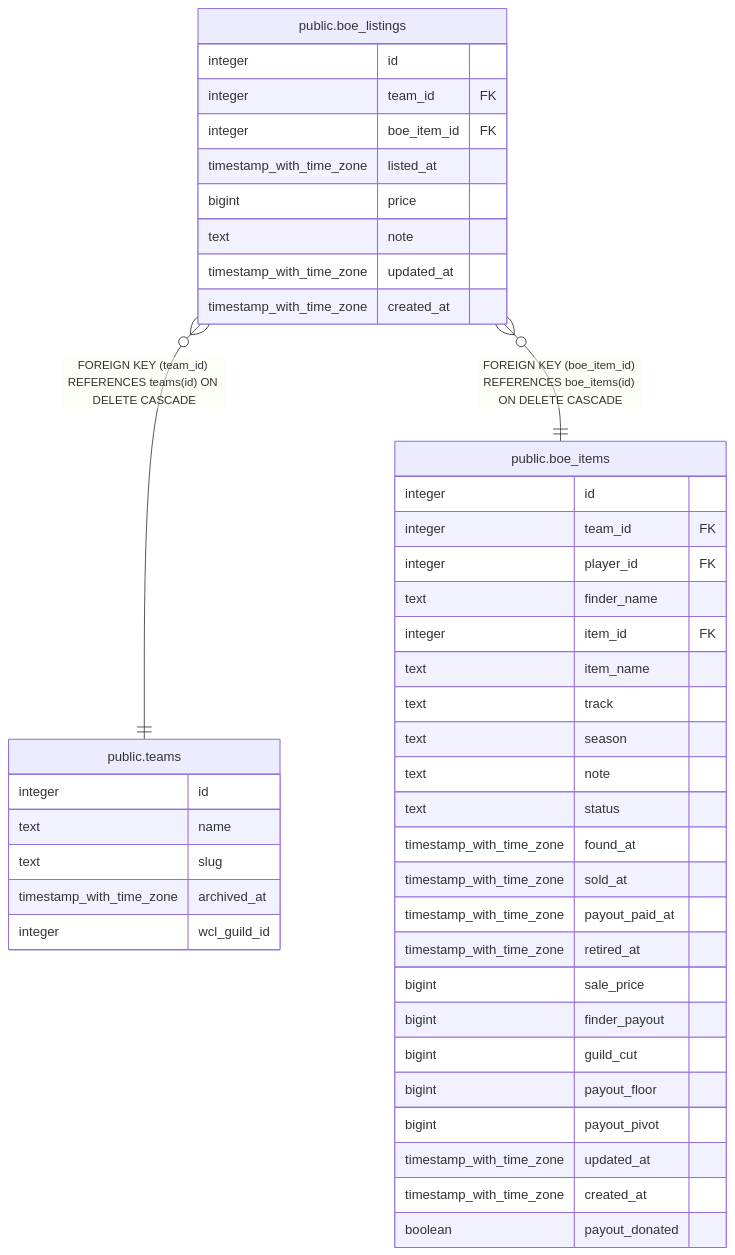
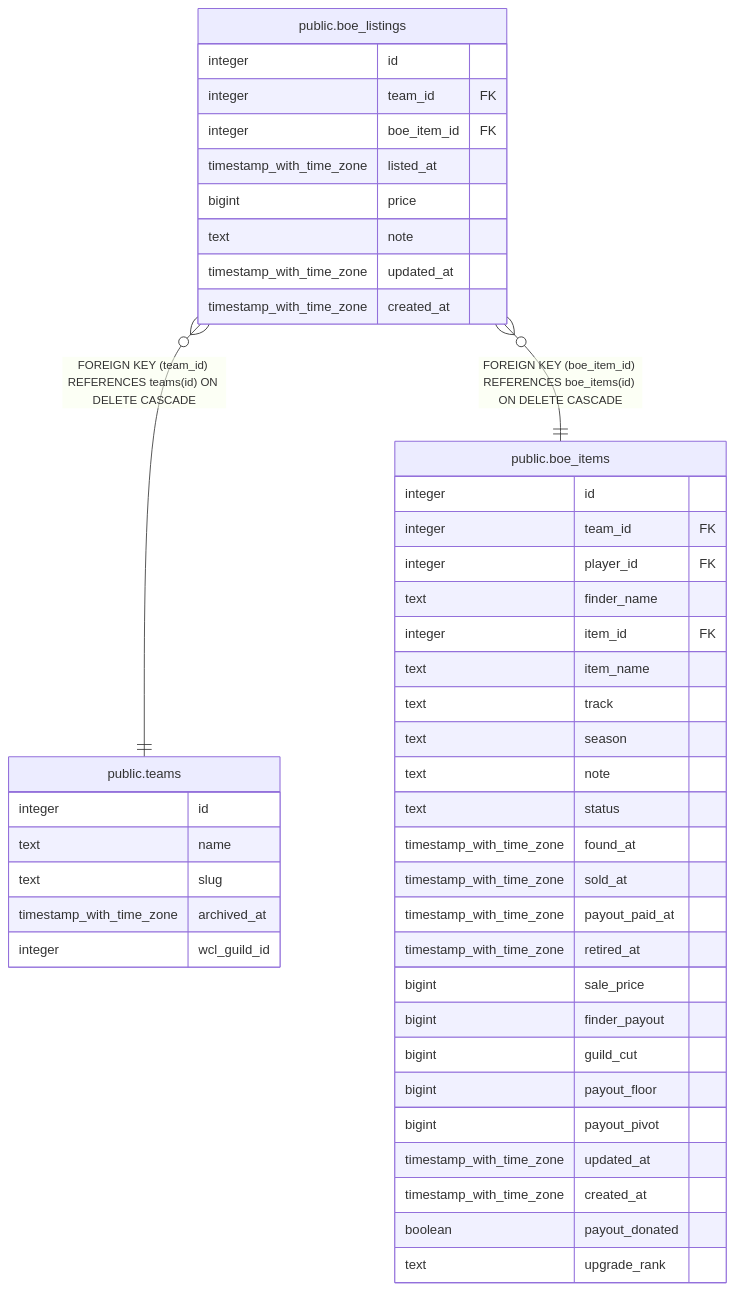
The diagram in dbdoc/public.boe_listings.md (katogaming88/Phoenix-Roster), drawn with Mermaid before and after one commit. The commit also changed 30 other files, not shown here.

First line of the commit message:
Record the upgrade rank on BoE finds, required with the track (v3.82.0) (#883)

````diff
--- a/dbdoc/public.boe_listings.md
+++ b/dbdoc/public.boe_listings.md
@@ -41,48 +41,49 @@
 ```mermaid
 erDiagram
 
 "public.boe_listings" }o--|| "public.teams" : "FOREIGN KEY (team_id) REFERENCES teams(id) ON DELETE CASCADE"
 "public.boe_listings" }o--|| "public.boe_items" : "FOREIGN KEY (boe_item_id) REFERENCES boe_items(id) ON DELETE CASCADE"
 
 "public.boe_listings" {
   integer id
   integer team_id FK
   integer boe_item_id FK
   timestamp_with_time_zone listed_at
   bigint price
   text note
   timestamp_with_time_zone updated_at
   timestamp_with_time_zone created_at
 }
 "public.teams" {
   integer id
   text name
   text slug
   timestamp_with_time_zone archived_at
   integer wcl_guild_id
 }
 "public.boe_items" {
   integer id
   integer team_id FK
   integer player_id FK
   text finder_name
   integer item_id FK
   text item_name
   text track
   text season
   text note
   text status
   timestamp_with_time_zone found_at
   timestamp_with_time_zone sold_at
   timestamp_with_time_zone payout_paid_at
   timestamp_with_time_zone retired_at
   bigint sale_price
   bigint finder_payout
   bigint guild_cut
   bigint payout_floor
   bigint payout_pivot
   timestamp_with_time_zone updated_at
   timestamp_with_time_zone created_at
   boolean payout_donated
+  text upgrade_rank
 }
 ```
````
